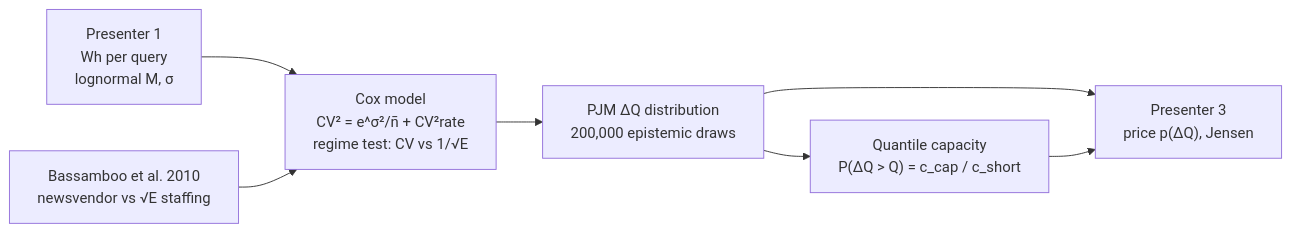
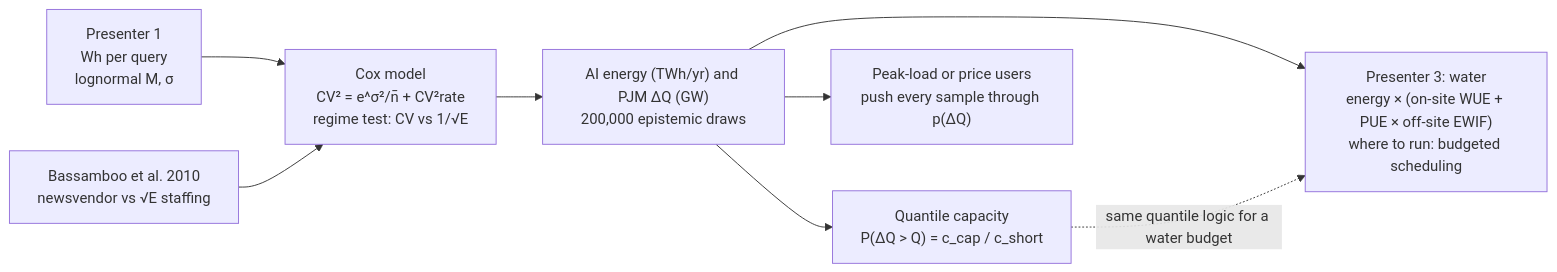
One commit to Andrewgz2414/ai-capacity-demo changed the diagram in docs/GUIDE_TEMPLATE.md. Above: the diagram before and after it, drawn with Mermaid. The commit also changed other lines of this file and 18 other files, not shown here.

First line of the commit message:
Hand energy (TWh/yr) to presenter 3 and rewrite the bridge to water

````diff
--- a/docs/GUIDE_TEMPLATE.md
+++ b/docs/GUIDE_TEMPLATE.md
@@ -14,9 +14,10 @@
 ```mermaid
 flowchart LR
     P1["Presenter 1<br/>Wh per query<br/>lognormal M, σ"] --> COX["Cox model<br/>CV² = e^σ²/n̄ + CV²rate<br/>regime test: CV vs 1/√E"]
     PAPER["Bassamboo et al. 2010<br/>newsvendor vs √E staffing"] --> COX
-    COX --> DQ["PJM ΔQ distribution<br/>200,000 epistemic draws"]
+    COX --> DQ["AI energy (TWh/yr) and PJM ΔQ (GW)<br/>200,000 epistemic draws"]
     DQ --> QC["Quantile capacity<br/>P(ΔQ > Q) = c_cap / c_short"]
-    DQ --> P3["Presenter 3<br/>price p(ΔQ), Jensen"]
-    QC --> P3
+    DQ --> P3["Presenter 3: water<br/>energy × (on-site WUE + PUE × off-site EWIF)<br/>where to run: budgeted scheduling"]
+    QC -. same quantile logic for a water budget .-> P3
+    DQ --> PX["Peak-load or price users<br/>push every sample through p(ΔQ)"]
 ```
````
